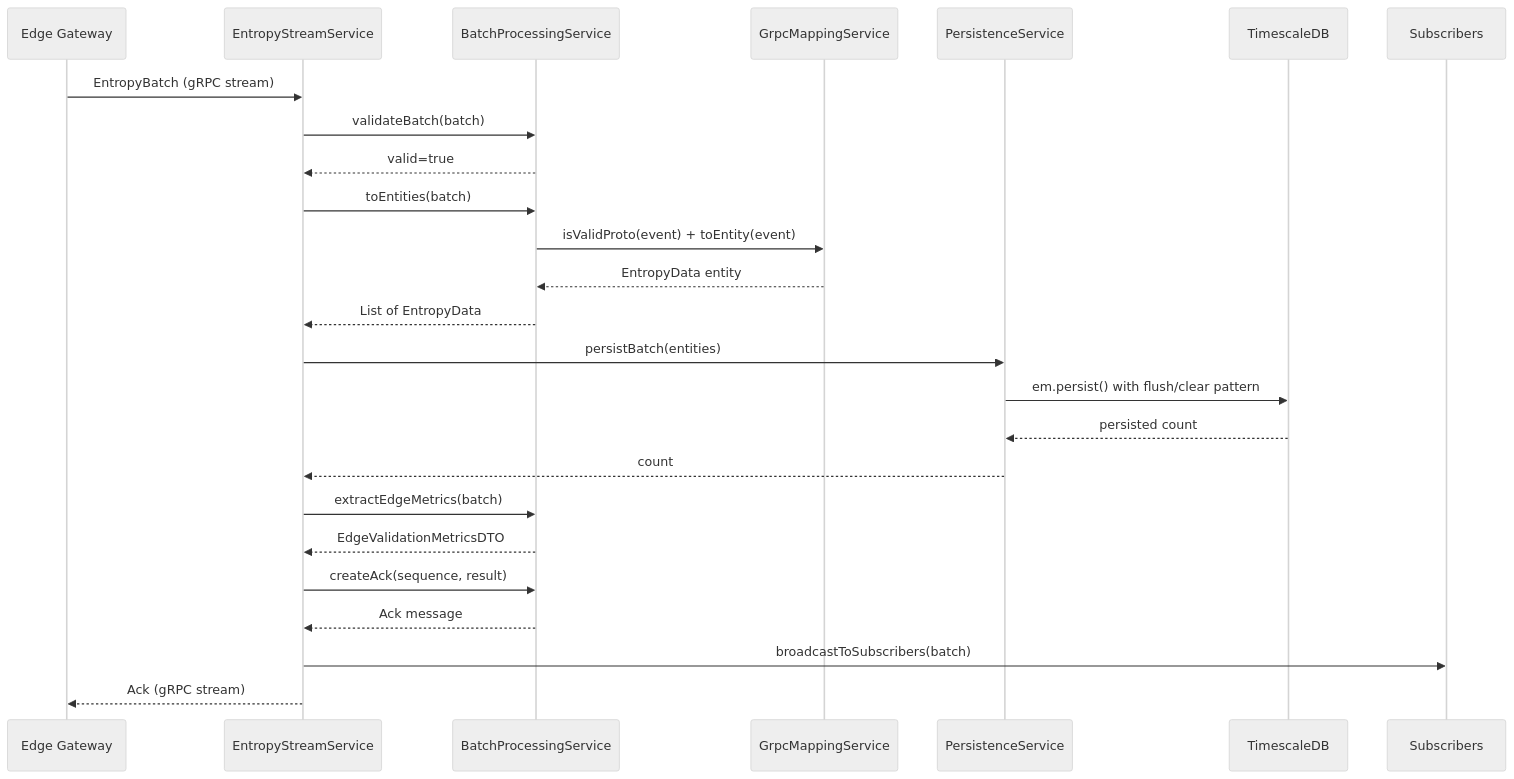
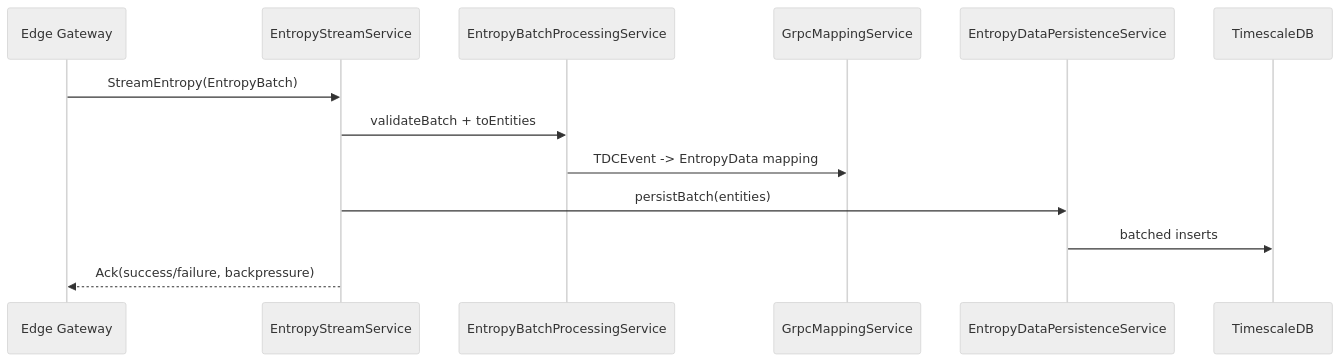
Before and after one commit to AmmannChristian/entropy-processor: the second of 3 diagrams in docs/architecture.md, drawn with Mermaid (neutral theme). The commit also changed other lines of this file and 47 other files, not shown here.

First line of the commit message:
Add unit tests for `ComparisonResource` and `EntropyComparisonService`

````diff
--- a/docs/architecture.md
+++ b/docs/architecture.md
@@ -255,33 +64,16 @@
 ```mermaid
 sequenceDiagram
-    participant GW as Edge Gateway
-    participant ESS as EntropyStreamService
-    participant BPS as BatchProcessingService
-    participant GMS as GrpcMappingService
-    participant EPS as PersistenceService
+    participant Edge as Edge Gateway
+    participant Grpc as EntropyStreamService
+    participant Batch as EntropyBatchProcessingService
+    participant Map as GrpcMappingService
+    participant Persist as EntropyDataPersistenceService
     participant DB as TimescaleDB
-    participant SUB as Subscribers
 
-    GW->>ESS: EntropyBatch (gRPC stream)
-    ESS->>BPS: validateBatch(batch)
-    BPS-->>ESS: valid=true
-
-    ESS->>BPS: toEntities(batch)
-    BPS->>GMS: isValidProto(event) + toEntity(event)
-    GMS-->>BPS: EntropyData entity
-    BPS-->>ESS: List of EntropyData
-
-    ESS->>EPS: persistBatch(entities)
-    EPS->>DB: em.persist() with flush/clear pattern
-    DB-->>EPS: persisted count
-    EPS-->>ESS: count
-
-    ESS->>BPS: extractEdgeMetrics(batch)
-    BPS-->>ESS: EdgeValidationMetricsDTO
-
-    ESS->>BPS: createAck(sequence, result)
-    BPS-->>ESS: Ack message
-
-    ESS->>SUB: broadcastToSubscribers(batch)
-    ESS-->>GW: Ack (gRPC stream)
+    Edge->>Grpc: StreamEntropy(EntropyBatch)
+    Grpc->>Batch: validateBatch + toEntities
+    Batch->>Map: TDCEvent -> EntropyData mapping
+    Grpc->>Persist: persistBatch(entities)
+    Persist->>DB: batched inserts
+    Grpc-->>Edge: Ack(success/failure, backpressure)
 ```
````
